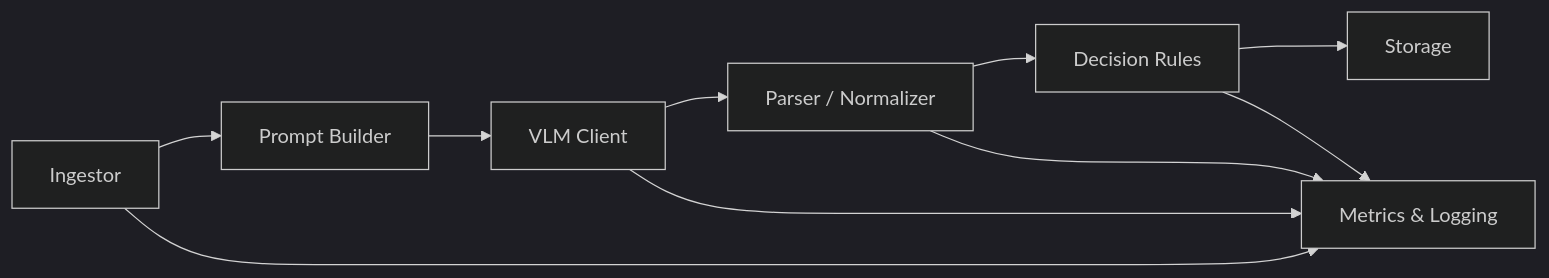
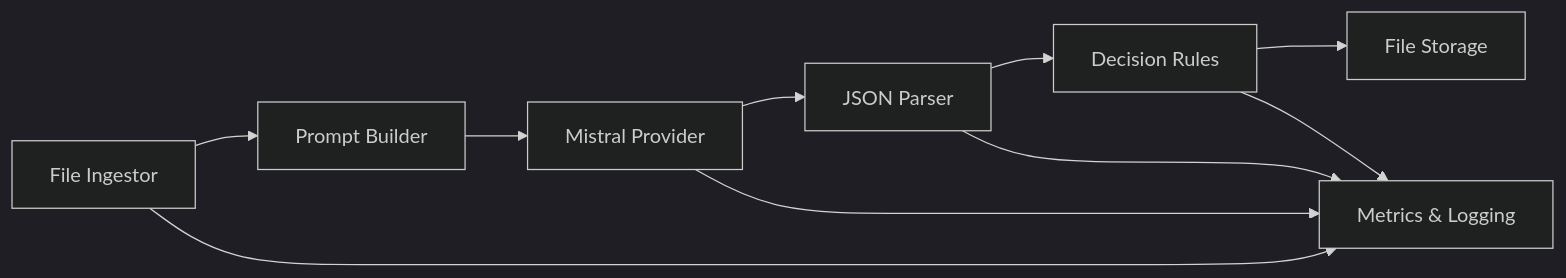
The diagram in README.md (boijuny/vis2attr), drawn with Mermaid (dark theme) before and after one commit. The commit also changed other lines of this file, not shown here.

````diff
--- a/README.md
+++ b/README.md
@@ -22,12 +40,12 @@
 ```mermaid
 flowchart LR
-  A[Ingestor] --> B[Prompt Builder]
-  B --> C[VLM Client]
-  C --> D[Parser / Normalizer]
+  A[File Ingestor] --> B[Prompt Builder]
+  B --> C[Mistral Provider]
+  C --> D[JSON Parser]
   D --> E[Decision Rules]
-  E --> F[Storage]
+  E --> F[File Storage]
   A --> G[Metrics & Logging]
   C --> G
   D --> G
   E --> G
 ```
````
